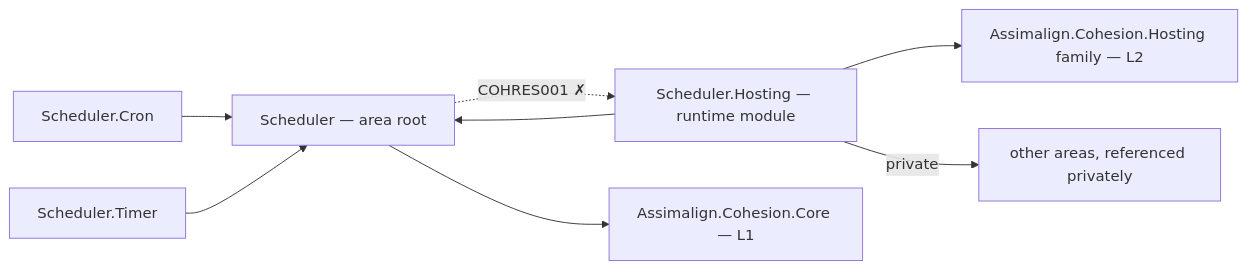
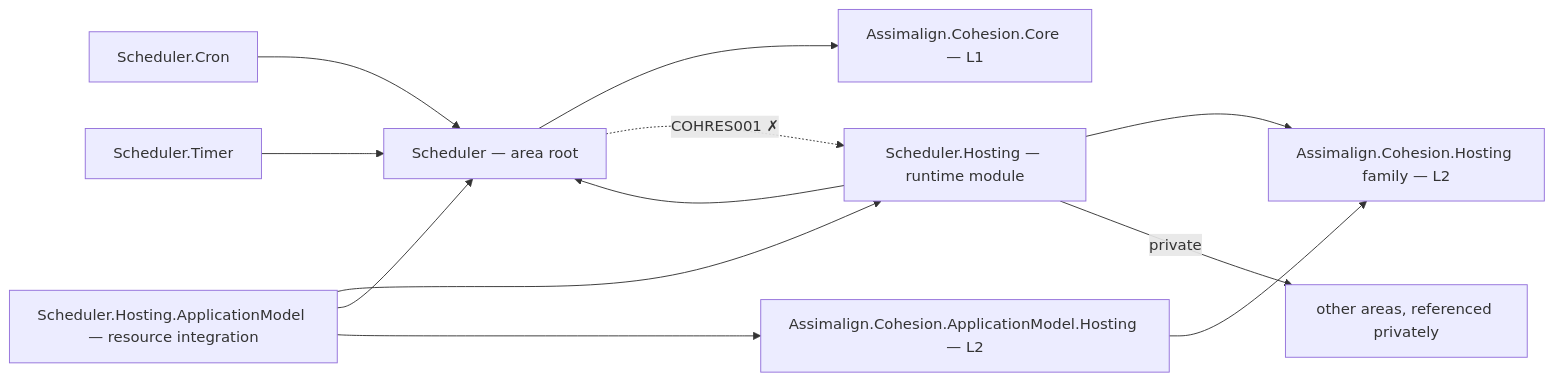
One commit to assimalign/cohesion changed the diagram in resources/Scheduler/README.md. Above: the diagram before and after it, drawn with Mermaid. The commit also changed other lines of this file and 454 other files, not shown here.

First line of the commit message:
feat(resources): give every resource area a Hosting.ApplicationModel integration

````diff
--- a/resources/Scheduler/README.md
+++ b/resources/Scheduler/README.md
@@ -12,17 +12,23 @@
 ```mermaid
 flowchart LR
     P0["Scheduler — area root"]
     P2["Scheduler.Cron"]
     P3["Scheduler.Hosting — runtime module"]
+    PAM["Scheduler.Hosting.ApplicationModel — resource integration"]
+    AMH["Assimalign.Cohesion.ApplicationModel.Hosting — L2"]
     P4["Scheduler.Timer"]
     CORE["Assimalign.Cohesion.Core — L1"]
     HOSTFAM["Assimalign.Cohesion.Hosting family — L2"]
     PRIV["other areas, referenced privately"]
     P0 --> CORE
     P2 --> P0
     P3 --> HOSTFAM
     P3 --> P0
     P3 -->|"private"| PRIV
     P4 --> P0
+    PAM --> P3
+    PAM --> P0
+    PAM --> AMH
+    AMH --> HOSTFAM
     P0 -.->|"COHRES001 ✗"| P3
 ```
````
